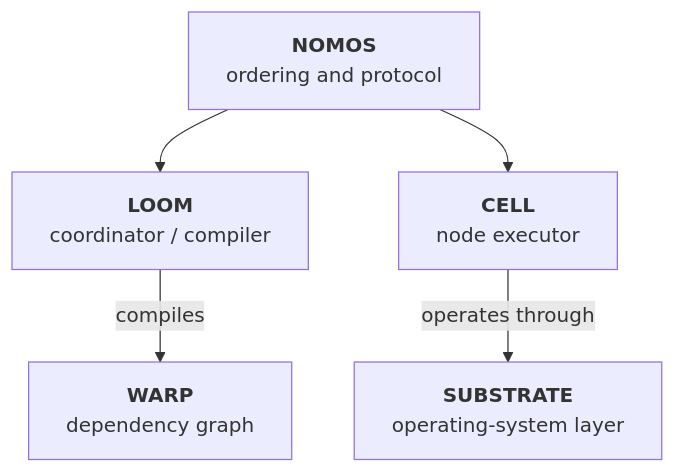
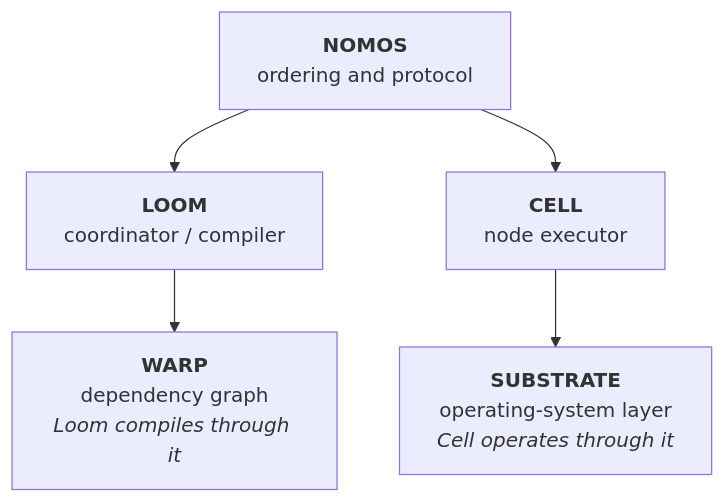
Before and after one commit to kmosoti/Nomos: the first of 16 diagrams in docs/PROJECT-SPEC.md, drawn with Mermaid. The commit also changed other lines of this file and 7 other files, not shown here.

First line of the commit message:
Fix Mermaid diagrams that fail to render on GitHub

````diff
--- a/docs/PROJECT-SPEC.md
+++ b/docs/PROJECT-SPEC.md
@@ -38,12 +38,12 @@
 ```mermaid
 flowchart TB
     N["<b>NOMOS</b><br/>ordering and protocol"]
     L["<b>LOOM</b><br/>coordinator / compiler"]
     C["<b>CELL</b><br/>node executor"]
-    W["<b>WARP</b><br/>dependency graph"]
-    S["<b>SUBSTRATE</b><br/>operating-system layer"]
+    W["<b>WARP</b><br/>dependency graph<br/><i>Loom compiles through it</i>"]
+    S["<b>SUBSTRATE</b><br/>operating-system layer<br/><i>Cell operates through it</i>"]
     N --> L
     N --> C
-    L -- compiles --> W
-    C -- operates through --> S
+    L --> W
+    C --> S
 ```
````
